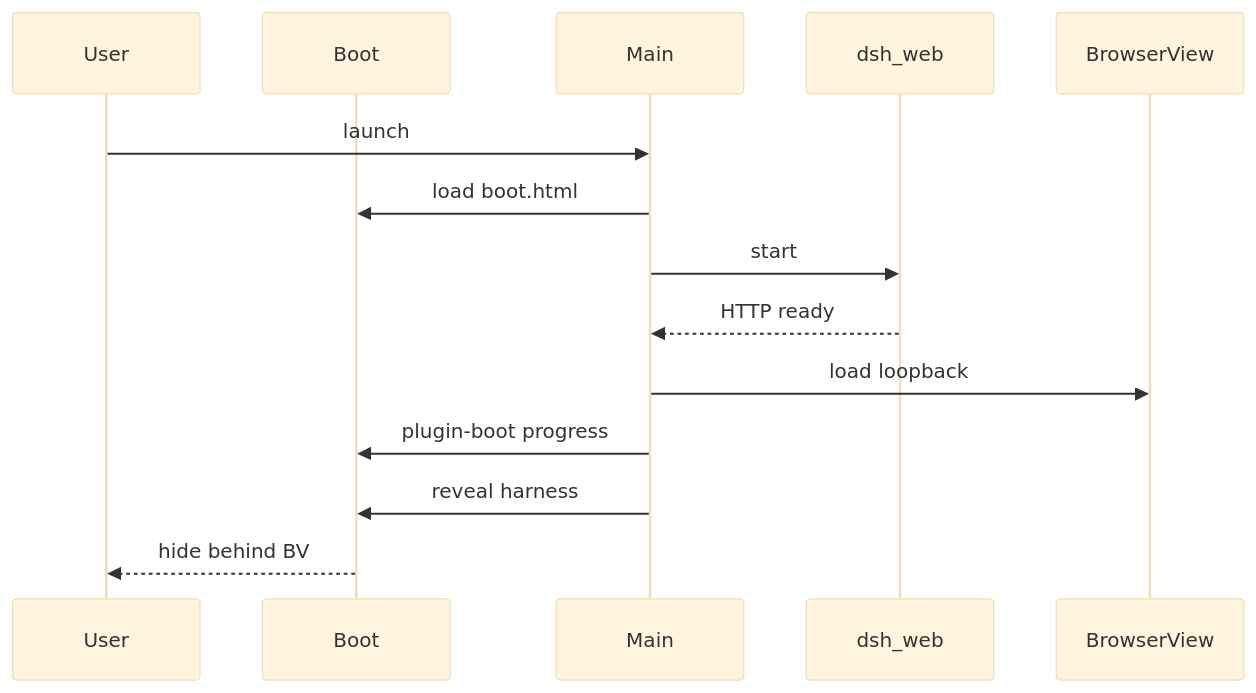
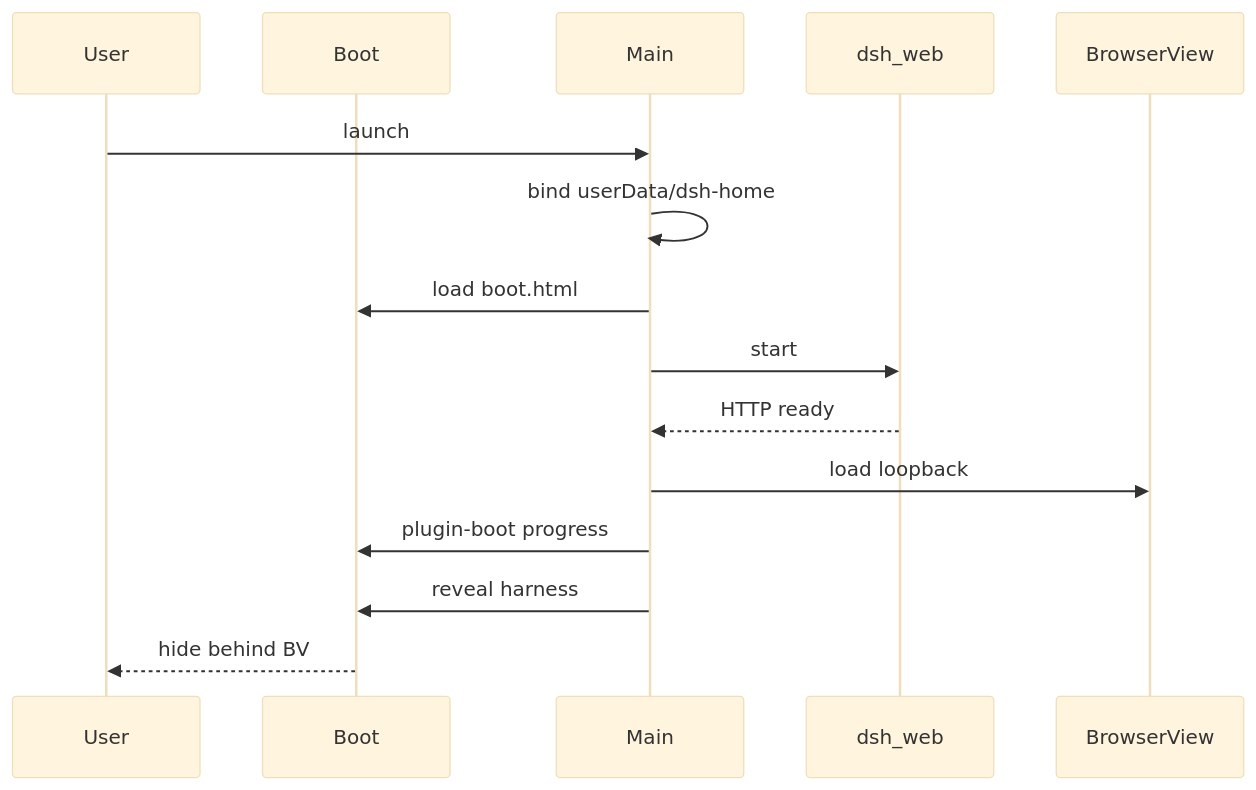
One commit to 20190441309/Deepseek-Harness-Desktop changed the diagram in docs/handbook/flows/boot-to-ready.md. Above: the diagram before and after it, drawn with Mermaid (base theme). The commit also changed other lines of this file and 55 other files, not shown here.

First line of the commit message:
feature(dsh-home): 桌面 Harness 家目录与官方 ~/.dsh 隔离

````diff
--- a/docs/handbook/flows/boot-to-ready.md
+++ b/docs/handbook/flows/boot-to-ready.md
@@ -13,16 +13,17 @@
 ```mermaid
 sequenceDiagram
   participant User
   participant Boot
   participant Main
   participant Dsh as dsh_web
   participant BV as BrowserView
   User->>Main: launch
+  Main->>Main: bind userData/dsh-home
   Main->>Boot: load boot.html
   Main->>Dsh: start
   Dsh-->>Main: HTTP ready
   Main->>BV: load loopback
   Main->>Boot: plugin-boot progress
   Main->>Boot: reveal harness
   Boot-->>User: hide behind BV
 ```
````
